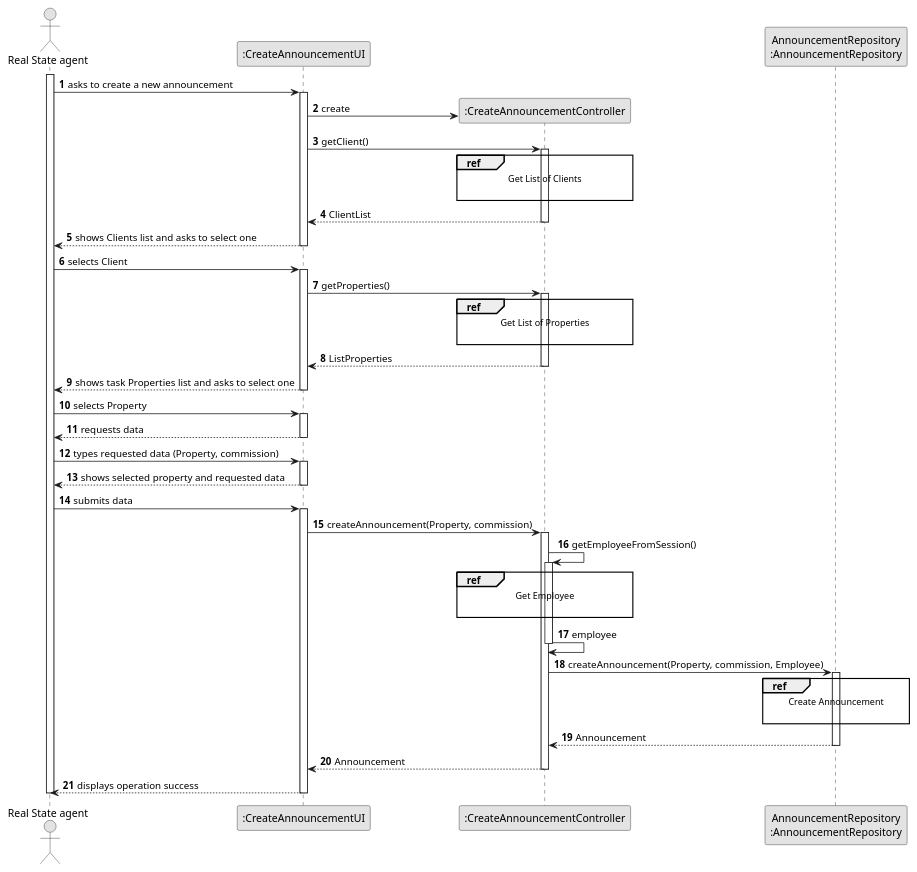
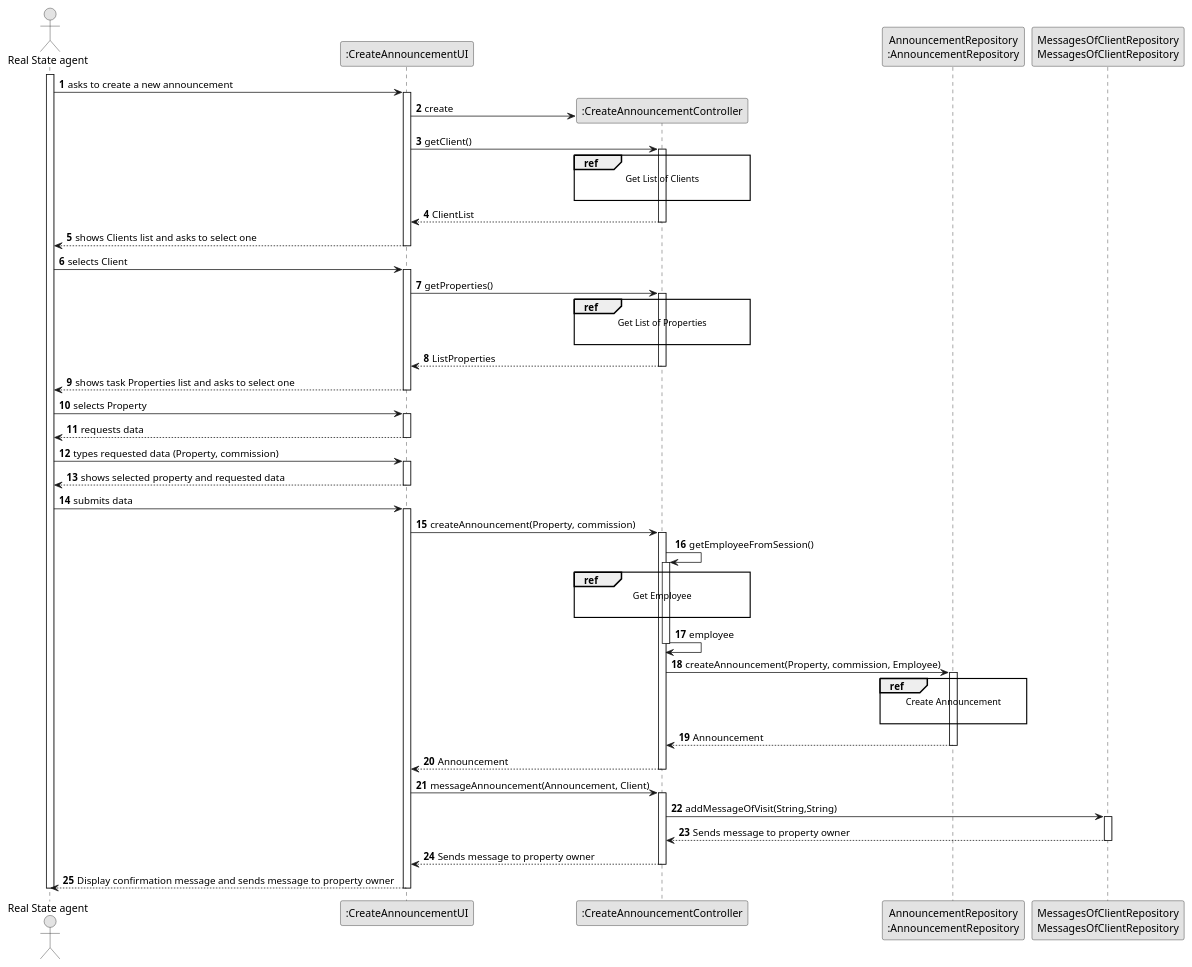
The diagram in lei-22-s2-1do-g68/docs/SprintD/us002Refinement/03.design/puml/us002-sequence-diagram-split.puml (hugosilva2901/lei-22-s2-1DO-g68), drawn with PlantUML before and after one commit. The commit also changed 8 other files, not shown here.

```diff
--- a/lei-22-s2-1do-g68/docs/SprintD/us002Refinement/03.design/puml/us002-sequence-diagram-split.puml
+++ b/lei-22-s2-1do-g68/docs/SprintD/us002Refinement/03.design/puml/us002-sequence-diagram-split.puml
@@ -1,99 +1,110 @@
 @startuml
 skinparam monochrome true
 skinparam packageStyle rectangle
 skinparam shadowing false
 
 autonumber
 
 'hide footbox
 actor "Real State agent" as ADM
 participant ":CreateAnnouncementUI" as UI
 participant ":CreateAnnouncementController" as CTRL
 participant "AnnouncementRepository\n:AnnouncementRepository" as ORG
+participant "MessagesOfClientRepository\nMessagesOfClientRepository" as MessREPO
 
 activate ADM
 
     ADM -> UI : asks to create a new announcement
 
     activate UI
 
         UI -> CTRL** : create
         UI -> CTRL : getClient()
         ref over CTRL
             Get List of Clients
 
         end ref
 
         activate CTRL
 
             CTRL --> UI : ClientList
         deactivate CTRL
 
         UI --> ADM : shows Clients list and asks to select one
     deactivate UI
 
     ADM -> UI : selects Client
 
     activate UI
 
             UI -> CTRL : getProperties()
             ref over CTRL
                 Get List of Properties
 
             end ref
 
             activate CTRL
 
                 CTRL --> UI : ListProperties
             deactivate CTRL
 
             UI --> ADM : shows task Properties list and asks to select one
         deactivate UI
 
         ADM -> UI : selects Property
         activate UI
 
         UI --> ADM : requests data
     deactivate UI
 
     ADM -> UI : types requested data (Property, commission)
     activate UI
 
         UI --> ADM : shows selected property and requested data
     deactivate UI
 
     ADM -> UI : submits data
     activate UI
 
         UI -> CTRL : createAnnouncement(Property, commission)
         activate CTRL
 
             CTRL -> CTRL : getEmployeeFromSession()
             activate CTRL
 
                 ref over CTRL
                     Get Employee
 
                 end ref
                 CTRL -> CTRL : employee
             deactivate CTRL
 
             CTRL -> ORG: createAnnouncement(Property, commission, Employee)
             activate ORG
 
                 ref over ORG
                     Create Announcement
 
                 end
 
                 ORG --> CTRL : Announcement
             deactivate ORG
 
             CTRL --> UI: Announcement
             deactivate CTRL
-            UI --> ADM: displays operation success
+
+    UI -> CTRL : messageAnnouncement(Announcement, Client)
+    activate CTRL
+    CTRL -> MessREPO: addMessageOfVisit(String,String)
+    activate MessREPO
+
+    MessREPO --> CTRL : Sends message to property owner
+    deactivate MessREPO
+    CTRL --> UI: Sends message to property owner
+    deactivate CTRL
+    UI --> ADM: Display confirmation message and sends message to property owner
     deactivate UI
 
 deactivate ADM
 
 @enduml
```
